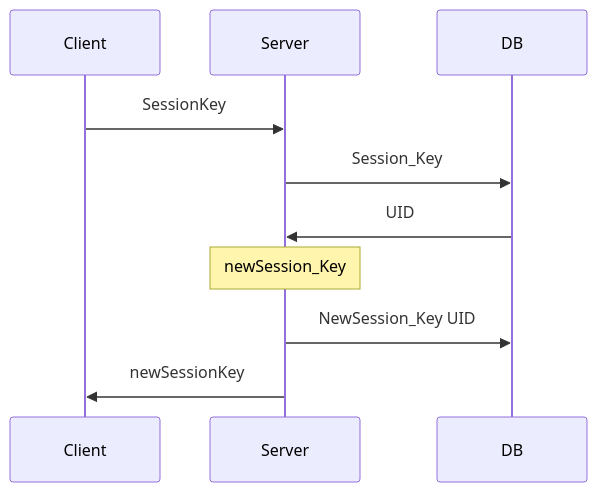
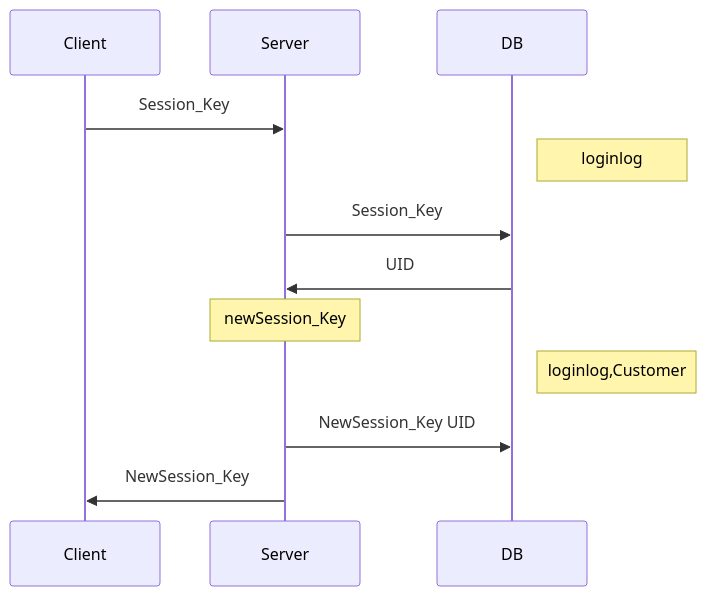
One commit to WhatACotton/CharisWorks-BackEnd changed the second of 6 diagrams in README.md. Above: the diagram before and after it, drawn with Mermaid. The commit also changed other lines of this file, not shown here.

````diff
--- a/README.md
+++ b/README.md
@@ -30,16 +28,18 @@
 ```mermaid
 sequenceDiagram
 
 participant Client
 participant Server
 participant DB
 
-Client ->> Server:SessionKey
+Client ->> Server:Session_Key
+Note right of DB: loginlog
 Server ->> DB:Session_Key
 DB ->> Server:UID
 Note over Server: newSession_Key
+Note right of DB: loginlog,Customer
 Server ->> DB:NewSession_Key UID
-Server ->> Client:newSessionKey
+Server ->> Client:NewSession_Key
 
 
 ```
````
